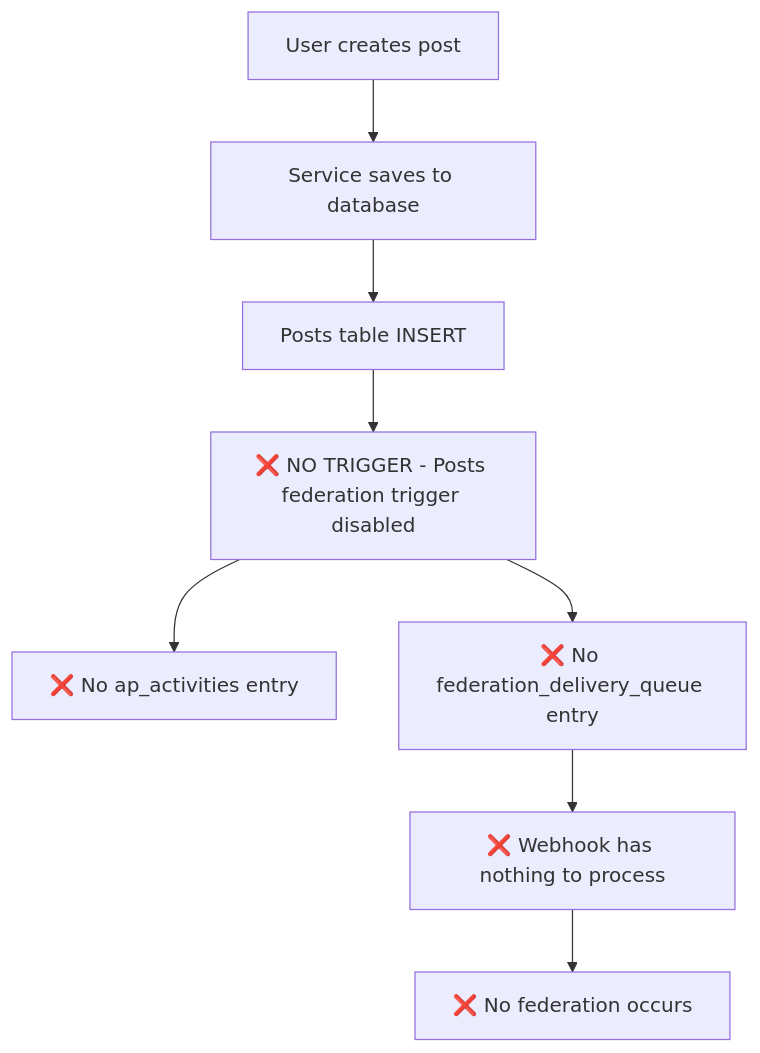
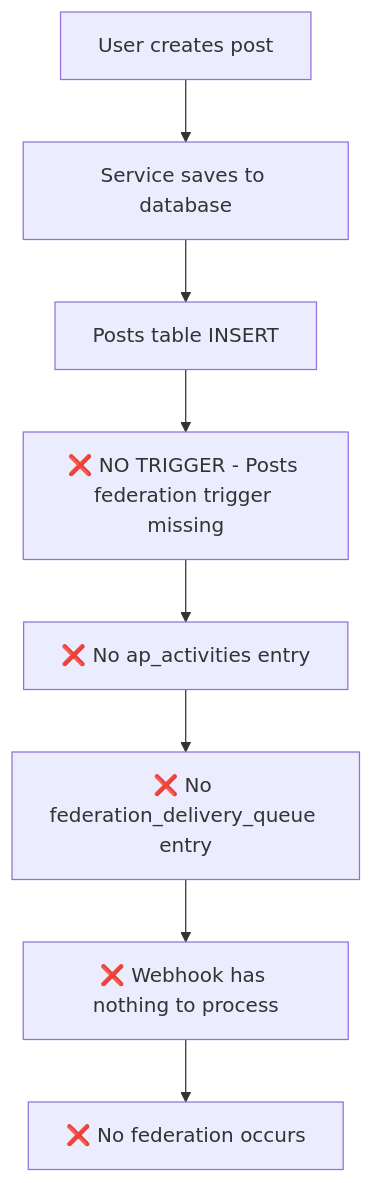
One commit to y4my4my4m/harmony changed the second of 3 diagrams in FEDERATION_ARCHITECTURE_ANALYSIS.md. Above: the diagram before and after it, drawn with Mermaid. The commit also changed other lines of this file and 3 other files, not shown here.

Commit message:
Fix federation: restore posts trigger and add missing queue population

````diff
--- a/FEDERATION_ARCHITECTURE_ANALYSIS.md
+++ b/FEDERATION_ARCHITECTURE_ANALYSIS.md
@@ -23,10 +29,10 @@
 ```mermaid
 graph TD
     A[User creates post] --> B[Service saves to database]
     B --> C[Posts table INSERT]
-    C --> D[❌ NO TRIGGER - Posts federation trigger disabled]
+    C --> D[❌ NO TRIGGER - Posts federation trigger missing]
     D --> E[❌ No ap_activities entry]
-    D --> F[❌ No federation_delivery_queue entry]
+    E --> F[❌ No federation_delivery_queue entry]
     F --> G[❌ Webhook has nothing to process]
     G --> H[❌ No federation occurs]
 ```
````
